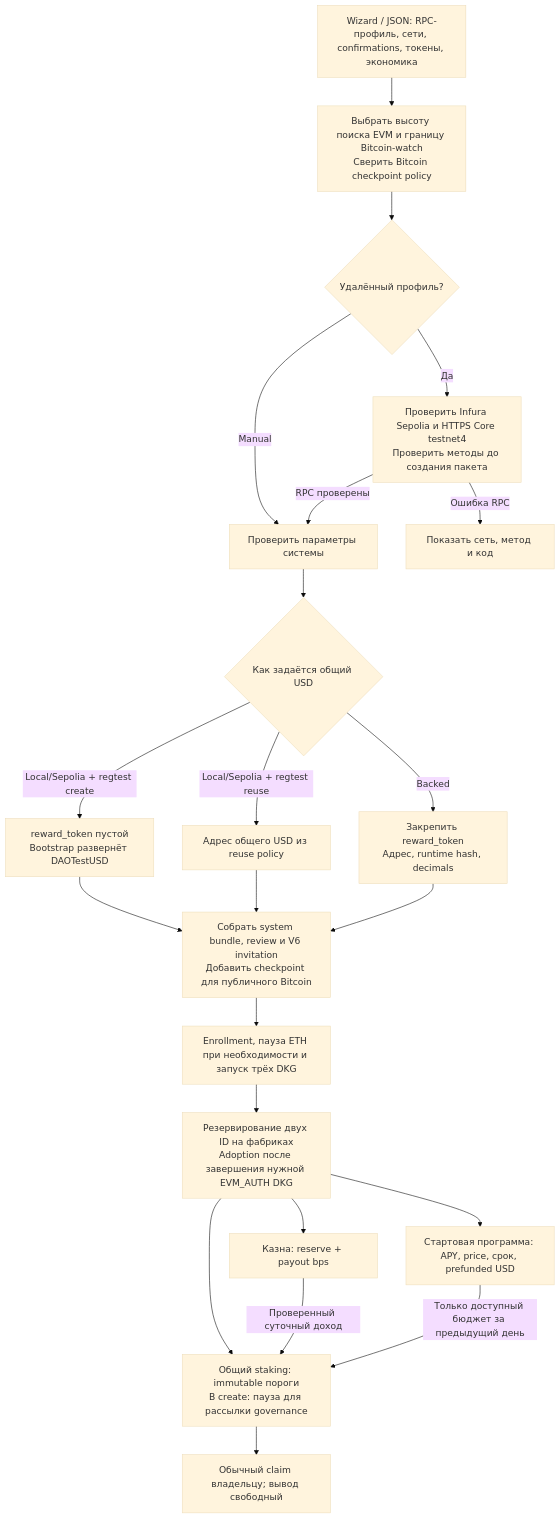
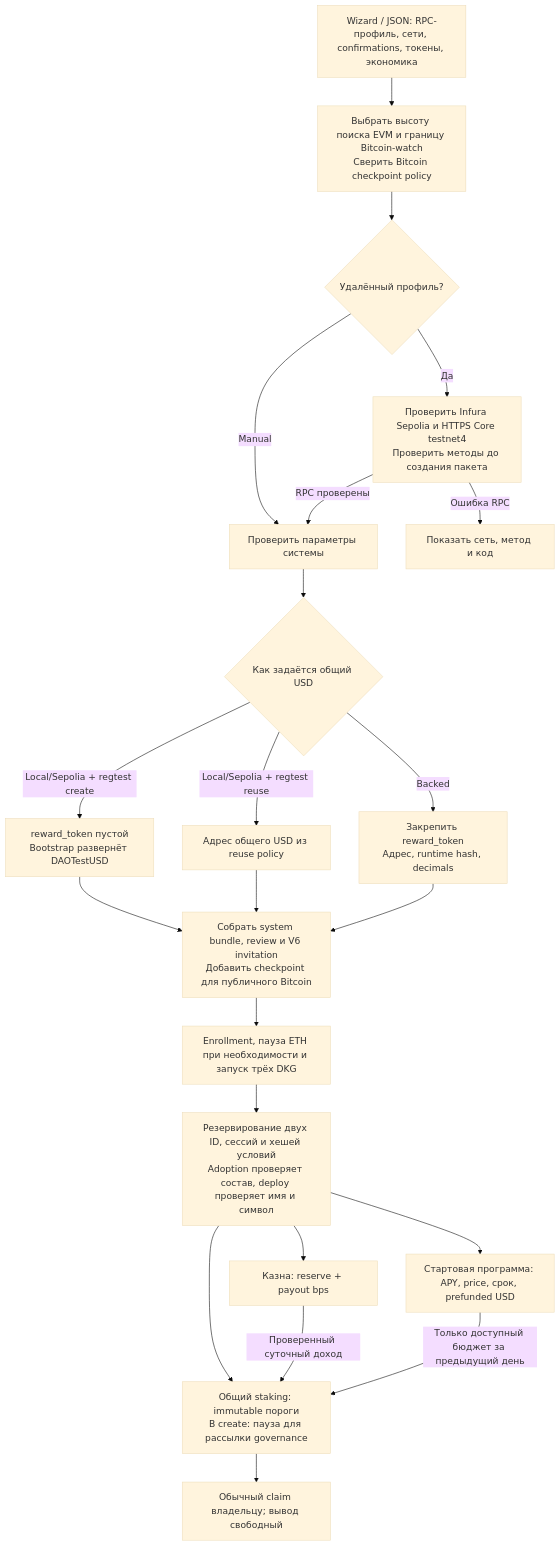
Before and after one commit to SergeyBelets/SatFiSetup: the diagram in docs/LAUNCH_CONFIGURATOR.md, drawn with Mermaid (base theme). The commit also changed other lines of this file and 364 other files, not shown here.

````diff
--- a/docs/LAUNCH_CONFIGURATOR.md
+++ b/docs/LAUNCH_CONFIGURATOR.md
@@ -380,24 +393,24 @@
 ```mermaid
 flowchart TD
   W["Wizard / JSON: RPC-профиль, сети, confirmations, токены, экономика"] --> H["Выбрать высоту поиска EVM и границу Bitcoin-watch<br/>Сверить Bitcoin checkpoint policy"]
   H --> P{"Удалённый профиль?"}
   P -->|"Да"| Q["Проверить Infura Sepolia и HTTPS Core testnet4<br/>Проверить методы до создания пакета"]
   P -->|"Manual"| V["Проверить параметры системы"]
   Q -->|"RPC проверены"| V
   Q -->|"Ошибка RPC"| X["Показать сеть, метод и код"]
   V --> R{"Как задаётся общий USD"}
   R -->|"Local/Sepolia + regtest create"| M["reward_token пустой<br/>Bootstrap развернёт DAOTestUSD"]
   R -->|"Local/Sepolia + regtest reuse"| U["Адрес общего USD из reuse policy"]
   R -->|"Backed"| E["Закрепить reward_token<br/>Адрес, runtime hash, decimals"]
   M --> I["Собрать system bundle, review и V6 invitation<br/>Добавить checkpoint для публичного Bitcoin"]
   U --> I
   E --> I
   I --> D["Enrollment, пауза ETH при необходимости и запуск трёх DKG"]
-  D --> F["Резервирование двух ID на фабриках<br/>Adoption после завершения нужной EVM_AUTH DKG"]
+  D --> F["Резервирование двух ID, сессий и хешей условий<br/>Adoption проверяет состав, deploy проверяет имя и символ"]
   F --> S["Общий staking: immutable пороги<br/>В create: пауза для рассылки governance"]
   F --> T["Казна: reserve + payout bps"]
   F --> A["Стартовая программа: APY, price, срок, prefunded USD"]
   T -->|"Проверенный суточный доход"| S
   A -->|"Только доступный бюджет за предыдущий день"| S
   S --> C["Обычный claim владельцу; вывод свободный"]
 ```
````
